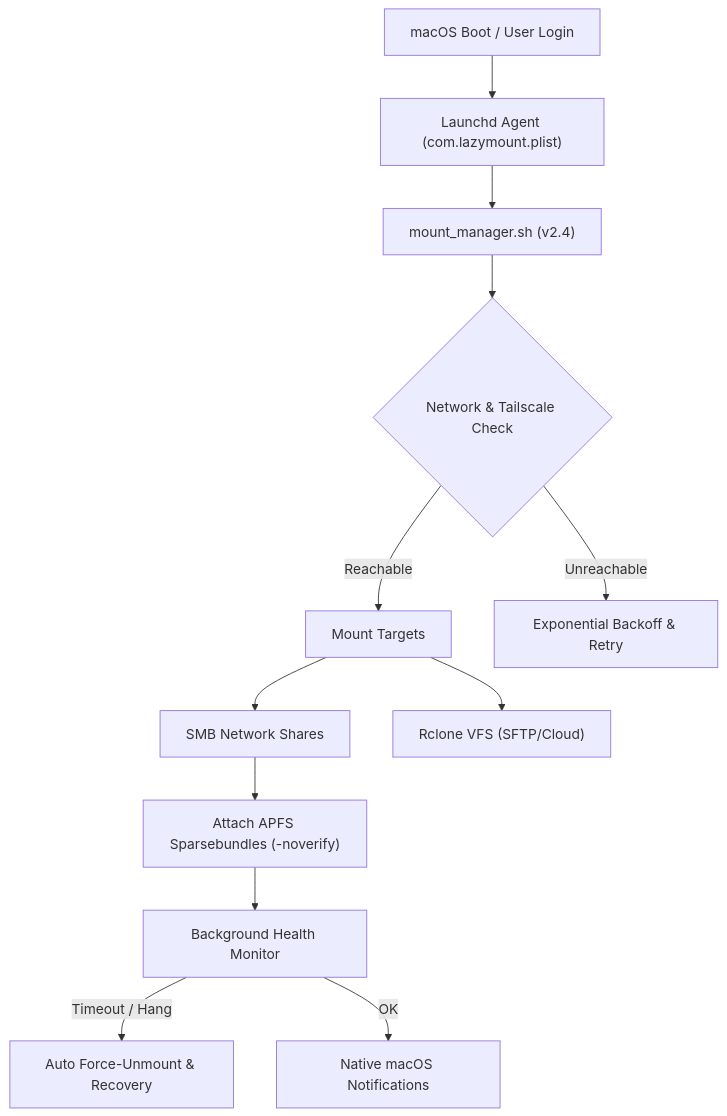
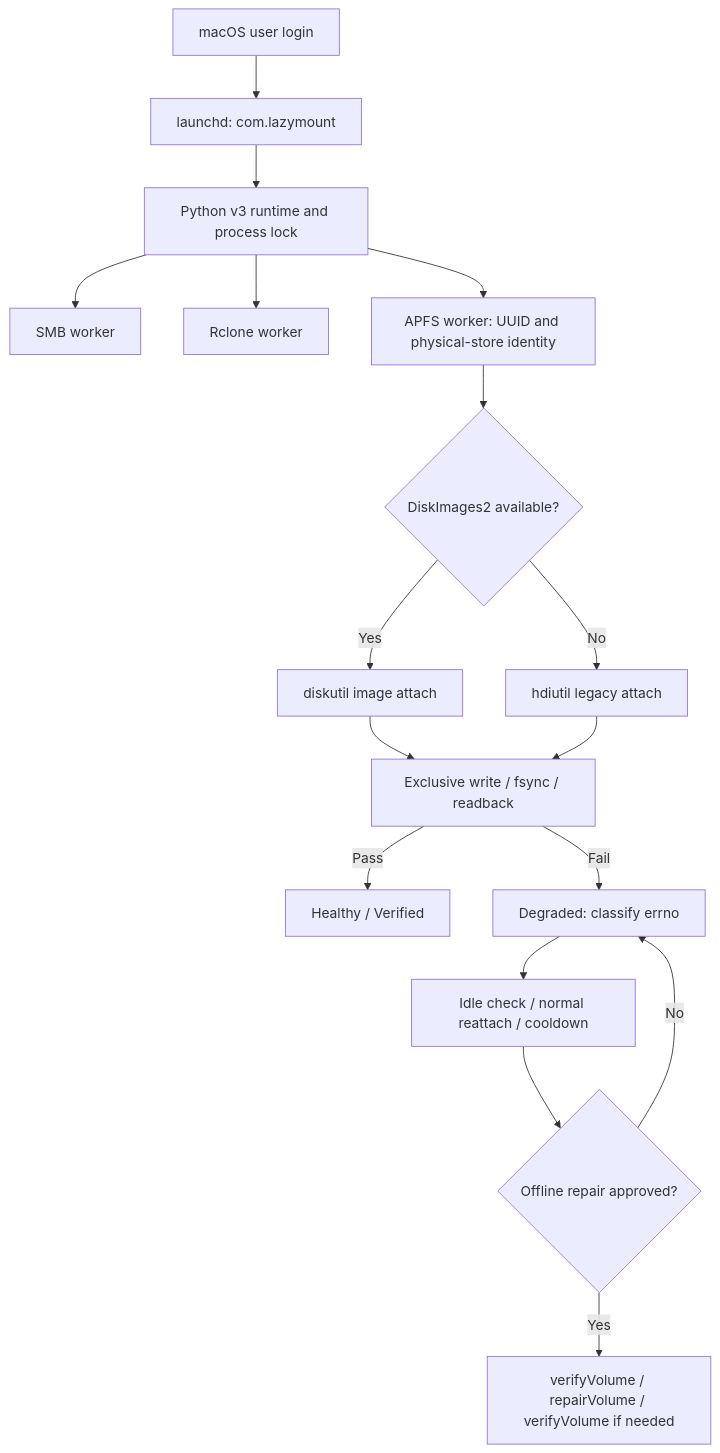
One commit to yuanweize/LazyMount-Mac changed the diagram in README.md. Above: the diagram before and after it, drawn with Mermaid. The commit also changed other lines of this file and 12 other files, not shown here.

Commit message:
fix(apfs): restore default ownership with DiskImages2 and document v3.0.2

````diff
--- a/README.md
+++ b/README.md
@@ -72,14 +79,19 @@
 ```mermaid
 graph TD
-    Boot["macOS Boot / User Login"] --> Launchd["Launchd Agent (com.lazymount.plist)"]
-    Launchd --> Script["mount_manager.sh (v2.4)"]
-    Script --> NetCheck{"Network & Tailscale Check"}
-    NetCheck -- Reachable --> Mounts["Mount Targets"]
-    NetCheck -- Unreachable --> Retry["Exponential Backoff & Retry"]
-    Mounts --> SMB["SMB Network Shares"]
-    Mounts --> Rclone["Rclone VFS (SFTP/Cloud)"]
-    SMB --> APFS["Attach APFS Sparsebundles (-noverify)"]
-    APFS --> HealthMon["Background Health Monitor"]
-    HealthMon -- Timeout / Hang --> AutoHeal["Auto Force-Unmount & Recovery"]
-    HealthMon -- OK --> Notify["Native macOS Notifications"]
+    Login["macOS user login"] --> Agent["launchd: com.lazymount"]
+    Agent --> Runtime["Python v3 runtime and process lock"]
+    Runtime --> SMB["SMB worker"]
+    Runtime --> Rclone["Rclone worker"]
+    Runtime --> APFS["APFS worker: UUID and physical-store identity"]
+    APFS --> Backend{"DiskImages2 available?"}
+    Backend -- Yes --> Modern["diskutil image attach"]
+    Backend -- No --> Legacy["hdiutil legacy attach"]
+    Modern --> Probe["Exclusive write / fsync / readback"]
+    Legacy --> Probe
+    Probe -- Pass --> Healthy["Healthy / Verified"]
+    Probe -- Fail --> Degraded["Degraded: classify errno"]
+    Degraded --> Safe["Idle check / normal reattach / cooldown"]
+    Safe --> Backup{"Offline repair approved?"}
+    Backup -- Yes --> Aid["verifyVolume / repairVolume / verifyVolume if needed"]
+    Backup -- No --> Degraded
 ```
````
